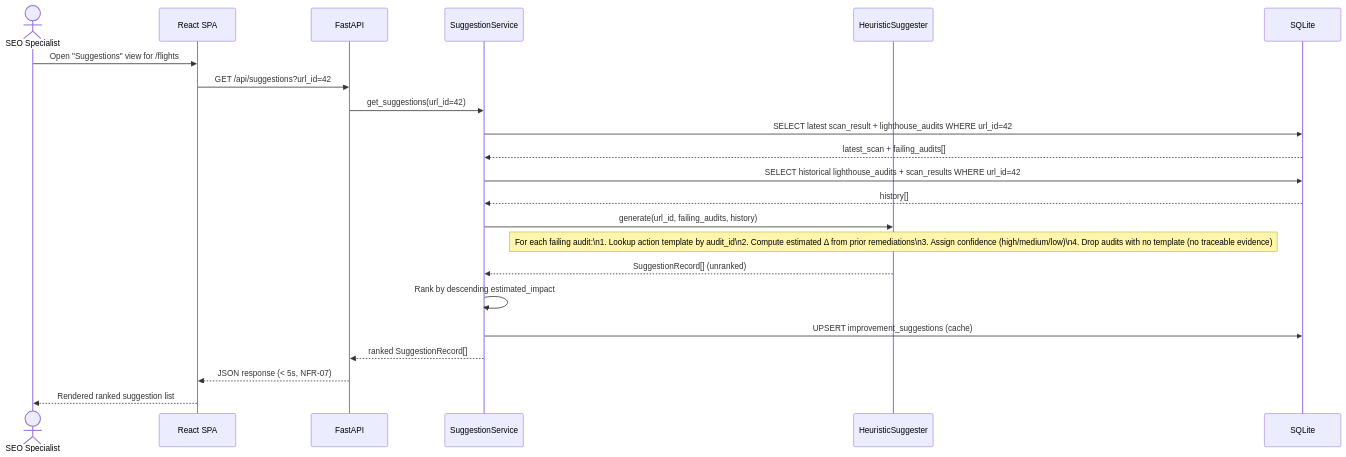
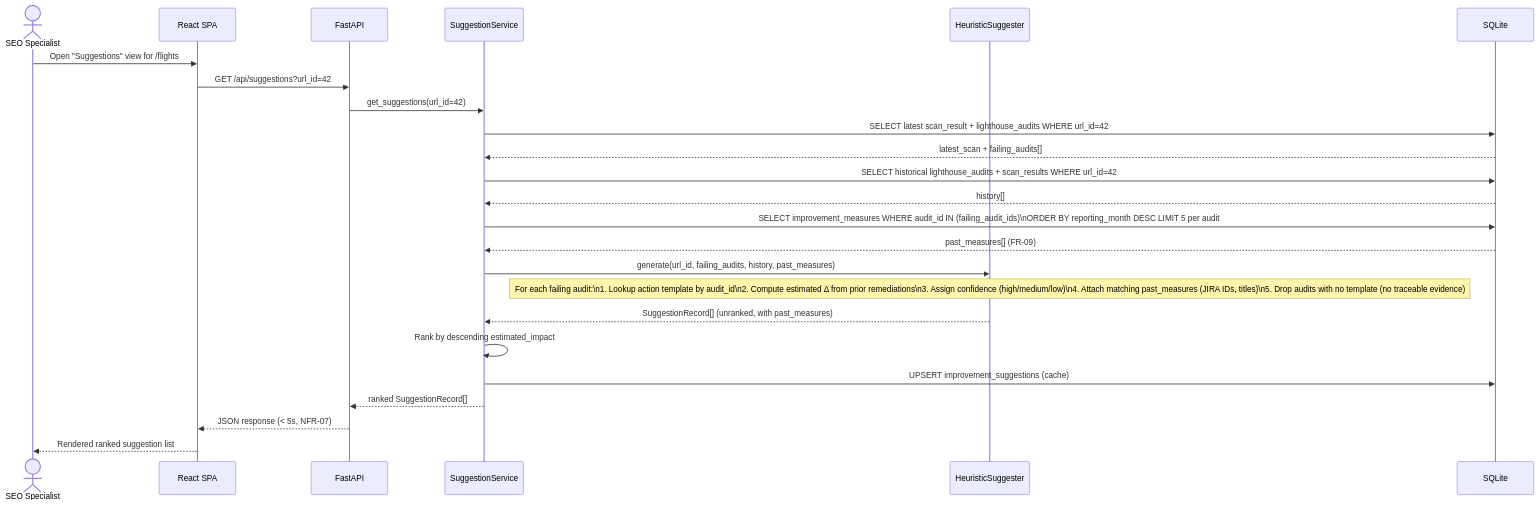
The fifth of 9 diagrams in specs/design.md (Ryosuke-Kawashima-Career/AI-SEO), drawn with Mermaid before and after one commit. The commit also changed other lines of this file and 11 other files, not shown here.

````diff
--- a/specs/design.md
+++ b/specs/design.md
@@ -193,25 +201,27 @@
 ```mermaid
 sequenceDiagram
     actor Specialist as SEO Specialist
     participant UI as React SPA
     participant API as FastAPI
     participant SvcS as SuggestionService
     participant SugA as HeuristicSuggester
     participant DB as SQLite
 
     Specialist->>UI: Open "Suggestions" view for /flights
     UI->>API: GET /api/suggestions?url_id=42
     API->>SvcS: get_suggestions(url_id=42)
     SvcS->>DB: SELECT latest scan_result + lighthouse_audits WHERE url_id=42
     DB-->>SvcS: latest_scan + failing_audits[]
     SvcS->>DB: SELECT historical lighthouse_audits + scan_results WHERE url_id=42
     DB-->>SvcS: history[]
-    SvcS->>SugA: generate(url_id, failing_audits, history)
-    Note over SugA: For each failing audit:\n1. Lookup action template by audit_id\n2. Compute estimated Δ from prior remediations\n3. Assign confidence (high/medium/low)\n4. Drop audits with no template (no traceable evidence)
-    SugA-->>SvcS: SuggestionRecord[] (unranked)
+    SvcS->>DB: SELECT improvement_measures WHERE audit_id IN (failing_audit_ids)\nORDER BY reporting_month DESC LIMIT 5 per audit
+    DB-->>SvcS: past_measures[] (FR-09)
+    SvcS->>SugA: generate(url_id, failing_audits, history, past_measures)
+    Note over SugA: For each failing audit:\n1. Lookup action template by audit_id\n2. Compute estimated Δ from prior remediations\n3. Assign confidence (high/medium/low)\n4. Attach matching past_measures (JIRA IDs, titles)\n5. Drop audits with no template (no traceable evidence)
+    SugA-->>SvcS: SuggestionRecord[] (unranked, with past_measures)
     SvcS->>SvcS: Rank by descending estimated_impact
     SvcS->>DB: UPSERT improvement_suggestions (cache)
     SvcS-->>API: ranked SuggestionRecord[]
     API-->>UI: JSON response (< 5s, NFR-07)
     UI-->>Specialist: Rendered ranked suggestion list
 ```
````
